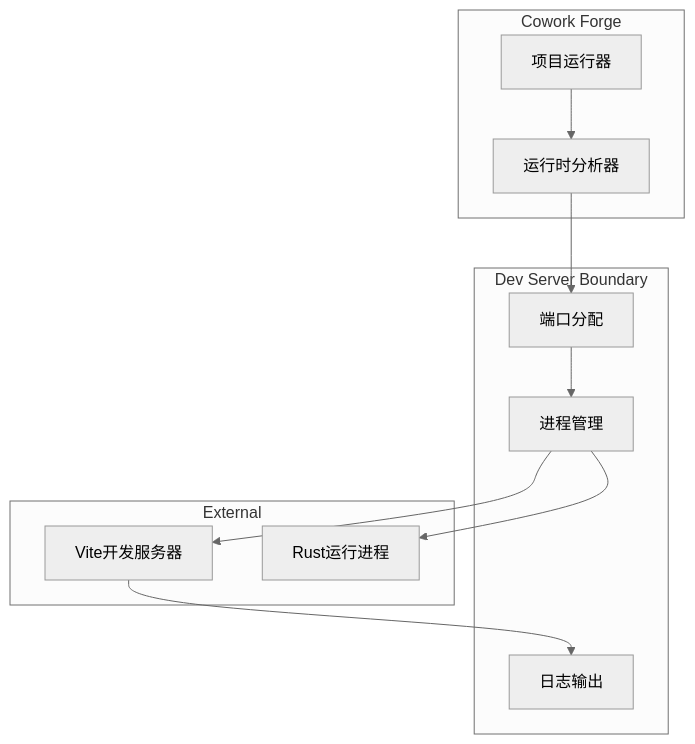
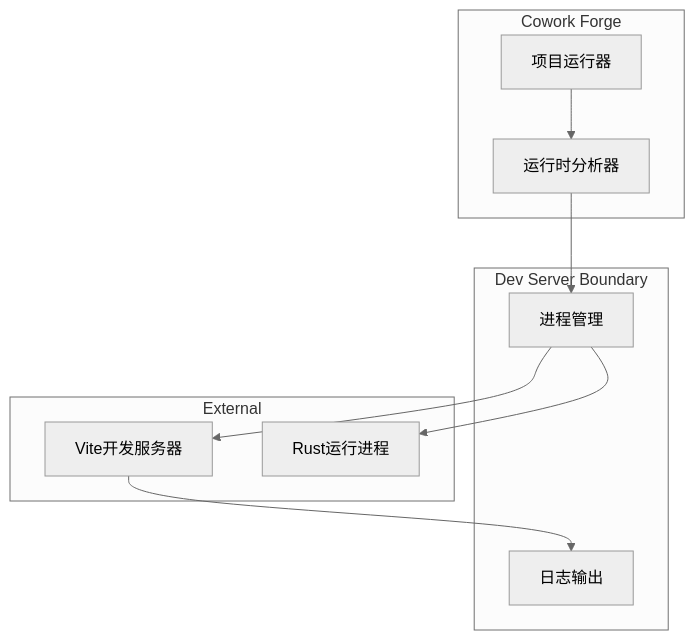
The tenth of 10 diagrams in docs/c04-boundaries.md (sopaco/cowork-forge), drawn with Mermaid (neutral theme) before and after one commit. The commit also changed other lines of this file and 5 other files, not shown here.

````diff
--- a/docs/c04-boundaries.md
+++ b/docs/c04-boundaries.md
@@ -278,25 +278,23 @@
 ```mermaid
 graph TB
     subgraph "Cowork Forge"
         Runner[项目运行器]
         Analyzer[运行时分析器]
     end
     
     subgraph "Dev Server Boundary"
-        PortAlloc[端口分配]
         ProcessMgr[进程管理]
         OutputLog[日志输出]
     end
     
     subgraph "External"
         ViteDev[Vite开发服务器]
         CargoRun[Rust运行进程]
     end
     
     Runner --> Analyzer
-    Analyzer --> PortAlloc
-    PortAlloc --> ProcessMgr
+    Analyzer --> ProcessMgr
     ProcessMgr --> ViteDev
     ProcessMgr --> CargoRun
     ViteDev --> OutputLog
 ```
````
